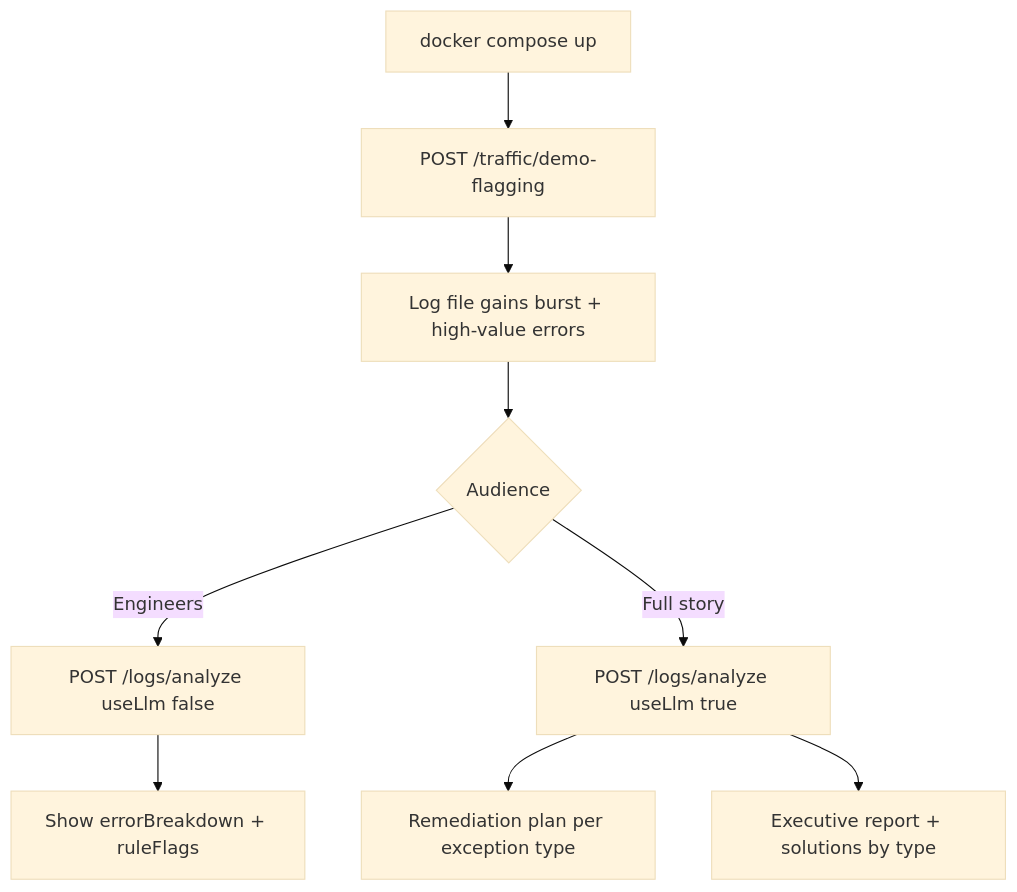
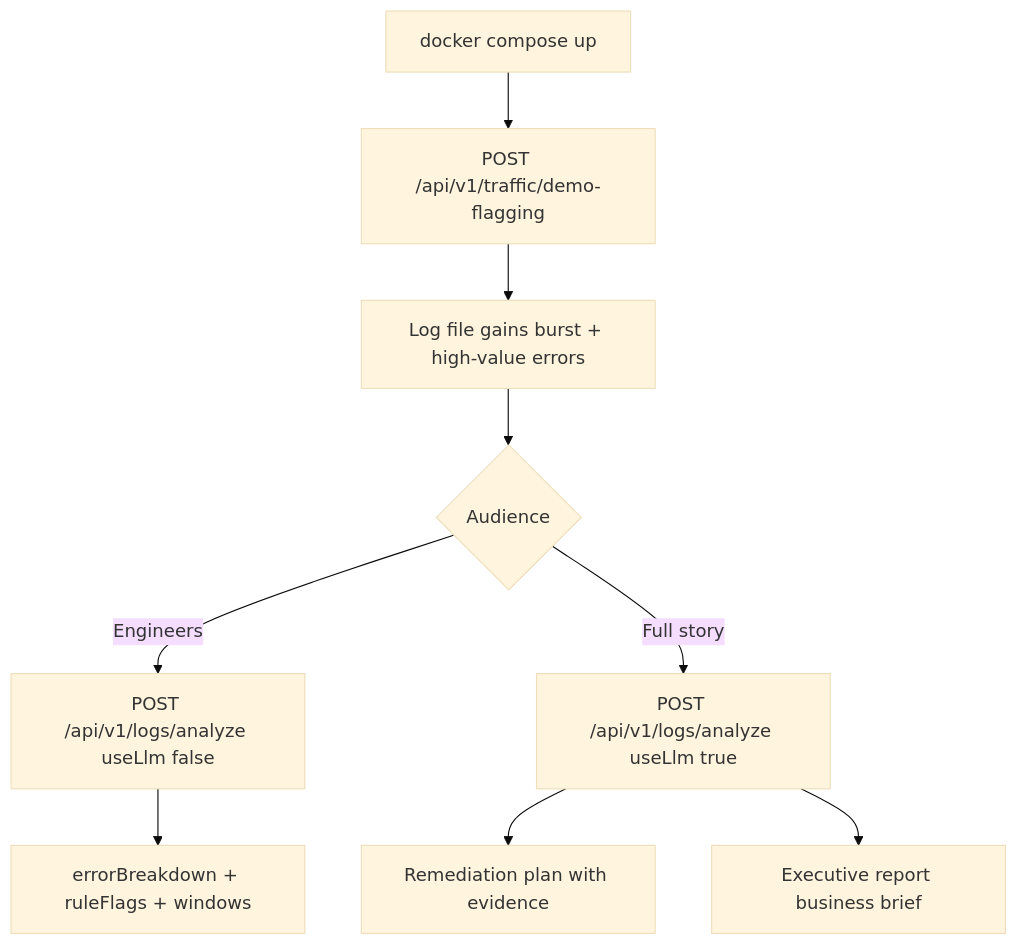
Before and after one commit to gajjalaroshan/test1: the fourth of 4 diagrams in docs/architecture/FLOW.md, drawn with Mermaid (base theme). The commit also changed other lines of this file and 35 other files, not shown here.

````diff
--- a/docs/architecture/FLOW.md
+++ b/docs/architecture/FLOW.md
@@ -104,11 +116,11 @@
 ```mermaid
 flowchart TD
-    A[docker compose up] --> B[POST /traffic/demo-flagging]
+    A[docker compose up] --> B[POST /api/v1/traffic/demo-flagging]
     B --> C[Log file gains burst + high-value errors]
     C --> D{Audience}
-    D -->|Engineers| E[POST /logs/analyze useLlm false]
-    E --> F[Show errorBreakdown + ruleFlags]
-    D -->|Full story| G[POST /logs/analyze useLlm true]
-    G --> H[Remediation plan per exception type]
-    G --> I[Executive report + solutions by type]
+    D -->|Engineers| E[POST /api/v1/logs/analyze useLlm false]
+    E --> F[errorBreakdown + ruleFlags + windows]
+    D -->|Full story| G[POST /api/v1/logs/analyze useLlm true]
+    G --> H[Remediation plan with evidence]
+    G --> I[Executive report business brief]
 ```
````
